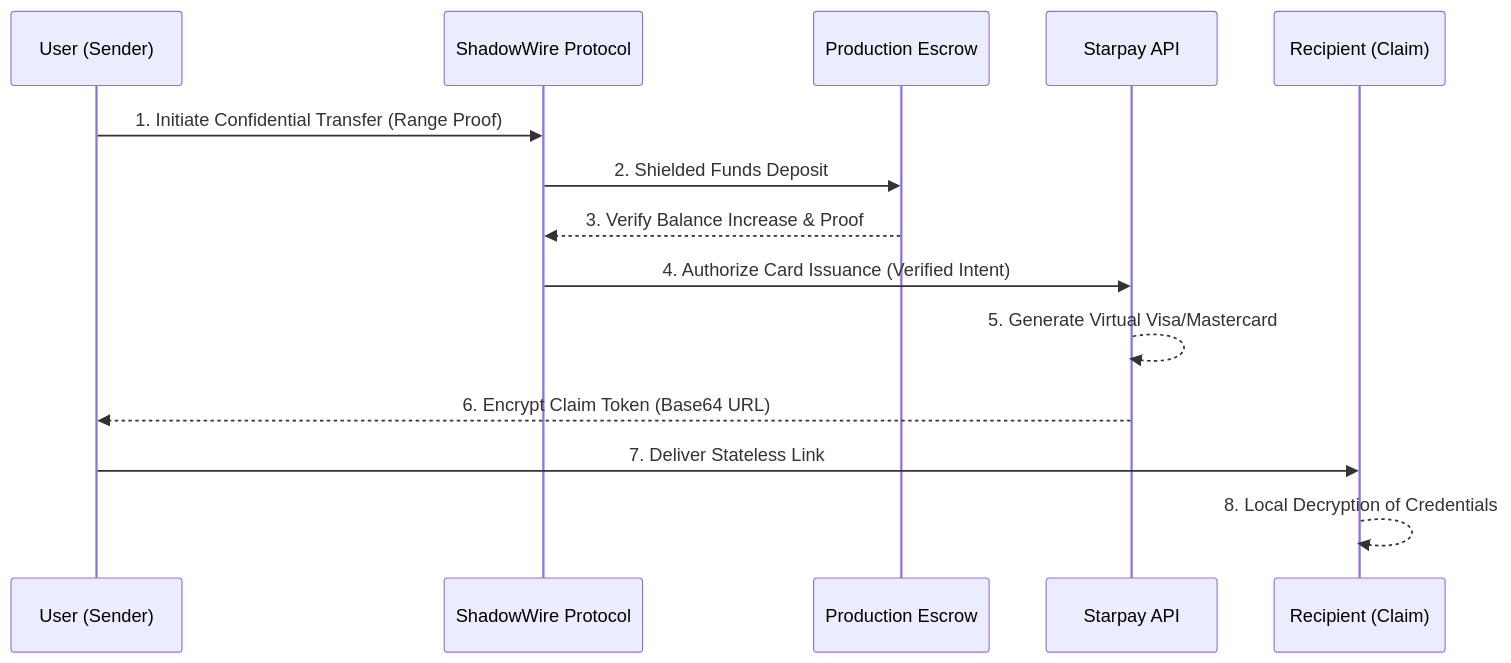
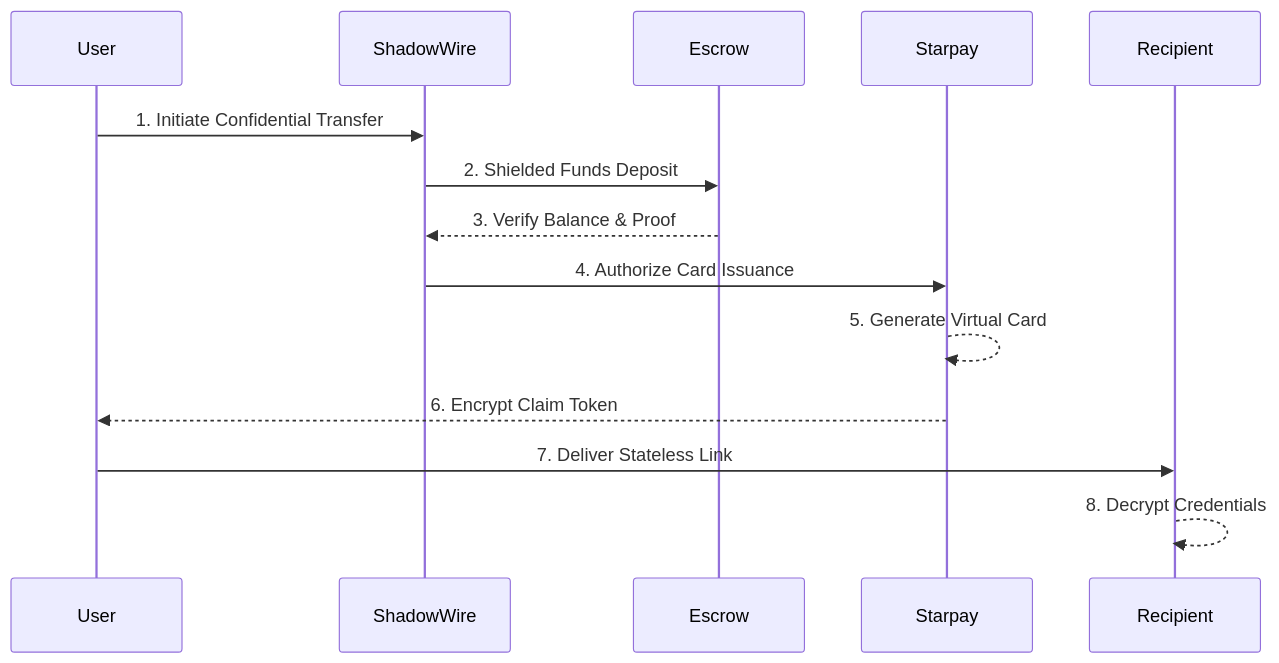
Before and after one commit to ShivamSoni20/NexusGift: the diagram in README.md, drawn with Mermaid.

Commit message:
Fix: Mermaid diagram rendering syntax on GitHub
- Removed blank lines inside mermaid block
- Simplified participant labels (removed aliases and parentheses)
- Standardized message formatting for better compatibility with GitHub's SVG renderer

````diff
--- a/README.md
+++ b/README.md
@@ -35,17 +35,16 @@
 ```mermaid
 sequenceDiagram
-    participant U as User (Sender)
-    participant SW as ShadowWire Protocol
-    participant E as Production Escrow
-    participant SP as Starpay API
-    participant R as Recipient (Claim)
-
-    U->>SW: 1. Initiate Confidential Transfer (Range Proof)
-    SW->>E: 2. Shielded Funds Deposit
-    E-->>SW: 3. Verify Balance Increase & Proof
-    SW->>SP: 4. Authorize Card Issuance (Verified Intent)
-    SP-->>SP: 5. Generate Virtual Visa/Mastercard
-    SP-->>U: 6. Encrypt Claim Token (Base64 URL)
-    U->>R: 7. Deliver Stateless Link
-    R-->>R: 8. Local Decryption of Credentials
+    participant User
+    participant ShadowWire
+    participant Escrow
+    participant Starpay
+    participant Recipient
+    User->>ShadowWire: 1. Initiate Confidential Transfer
+    ShadowWire->>Escrow: 2. Shielded Funds Deposit
+    Escrow-->>ShadowWire: 3. Verify Balance & Proof
+    ShadowWire->>Starpay: 4. Authorize Card Issuance
+    Starpay-->>Starpay: 5. Generate Virtual Card
+    Starpay-->>User: 6. Encrypt Claim Token
+    User->>Recipient: 7. Deliver Stateless Link
+    Recipient-->>Recipient: 8. Decrypt Credentials
 ```
````
